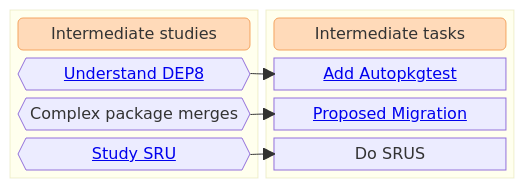
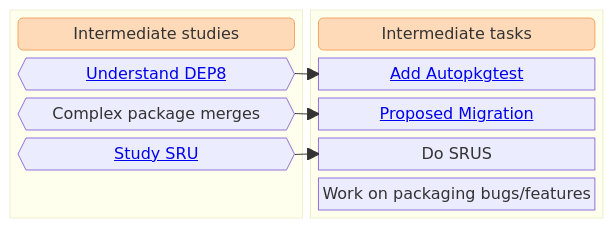
One commit to vhaudiquet/ubuntu-project-docs changed the third of 5 diagrams in docs/who-makes-ubuntu/joining/path-to-upload-rights.md. Above: the diagram before and after it, drawn with Mermaid. The commit also changed other lines of this file, not shown here.

Commit message:
add overview diagram and surrounding text

````diff
--- a/docs/who-makes-ubuntu/joining/path-to-upload-rights.md
+++ b/docs/who-makes-ubuntu/joining/path-to-upload-rights.md
@@ -59,28 +171,31 @@
 ```{mermaid}
 block-beta
     columns 2
 
     block
         IntermediateStudies("Intermediate studies")
         columns 1
         UnderstandDep8{{"<a href=https://salsa.debian.org/ci-team/autopkgtest/blob/master/doc/README.package-tests.rst>Understand DEP8</a>"}}
         ComplexPackageMerges{{"Complex package merges"}}
         SRU{{"<a href=https://canonical-sru-docs.readthedocs-hosted.com/>Study SRU</a>"}}
+        BlockA{{" "}}
     end
    
     block
         IntermediateTasks("Intermediate tasks")
         columns 1
         AddAUTOPKGTESTS["<a href=https://canonical-ubuntu-project.readthedocs-hosted.com/contributors/bug-fix/package-tests/>Add Autopkgtest</a>"]
         ProposeMigration["<a href=https://canonical-ubuntu-project.readthedocs-hosted.com/how-ubuntu-is-made/processes/proposed-migration/>Proposed Migration</a>"]
         DoSRUS["Do SRUS"]
+        WorkOnBugs["Work on packaging bugs/features"]
     end
     
     %% Transitions
     UnderstandDep8 --> AddAUTOPKGTESTS
     ComplexPackageMerges --> ProposeMigration
     SRU --> DoSRUS
 
-    style IntermediateStudies fill: #FFDAB9, stroke:#F4A460
-    style IntermediateTasks fill:#FFDAB9, stroke:#F4A460
+    style IntermediateStudies fill: #FFDAB9, stroke:#F4A460;
+    style IntermediateTasks fill:#FFDAB9, stroke:#F4A460;
+    style BlockA fill:transparent,stroke:transparent;
 ```
````
